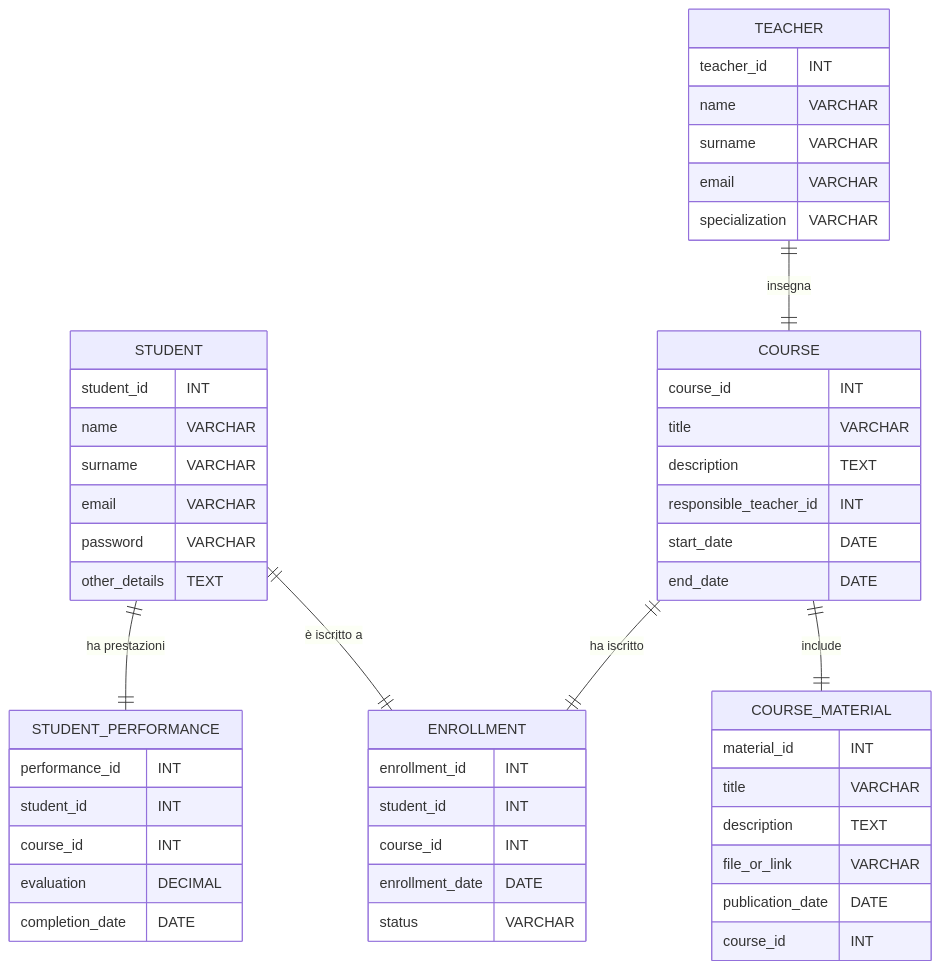
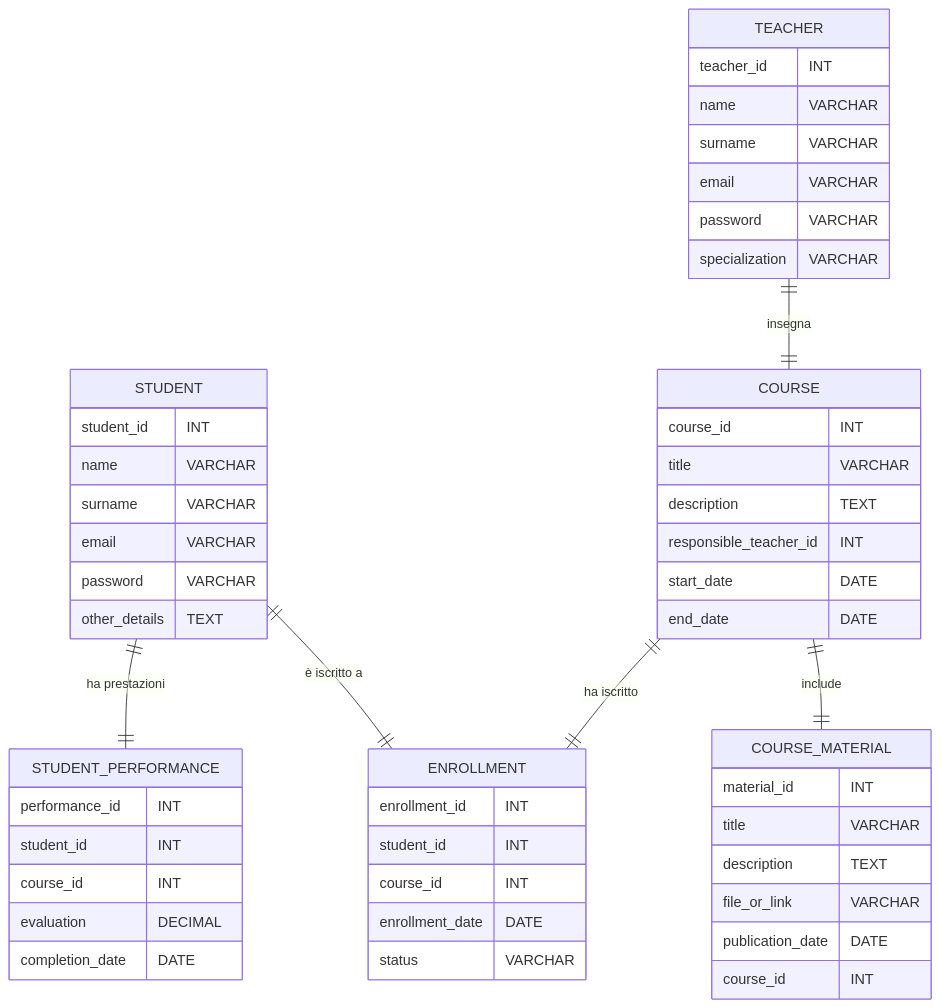
One commit to Giuseppe-Compagnone/database-project-docs changed the second of 3 diagrams in pages/database/erModel.it.mdx. Above: the diagram before and after it, drawn with Mermaid. The commit also changed other lines of this file and 9 other files, not shown here.

````diff
--- a/pages/database/erModel.it.mdx
+++ b/pages/database/erModel.it.mdx
@@ -16,59 +16,60 @@
 ```mermaid
 erDiagram
     STUDENT ||--|| STUDENT_PERFORMANCE : "ha prestazioni"
     STUDENT ||--|| ENROLLMENT : "è iscritto a"
     COURSE ||--|| ENROLLMENT : "ha iscritto"
     TEACHER ||--|| COURSE : insegna
     COURSE ||--|| COURSE_MATERIAL : include
 
     STUDENT {
         student_id INT
         name VARCHAR
         surname VARCHAR
         email VARCHAR
         password VARCHAR
         other_details TEXT
     }
 
     COURSE {
         course_id INT
         title VARCHAR
         description TEXT
         responsible_teacher_id INT
         start_date DATE
         end_date DATE
     }
 
     TEACHER {
         teacher_id INT
         name VARCHAR
         surname VARCHAR
         email VARCHAR
+        password VARCHAR
         specialization VARCHAR
     }
 
     COURSE_MATERIAL {
         material_id INT
         title VARCHAR
         description TEXT
         file_or_link VARCHAR
         publication_date DATE
         course_id INT
     }
 
     ENROLLMENT {
         enrollment_id INT
         student_id INT
         course_id INT
         enrollment_date DATE
         status VARCHAR
     }
 
     STUDENT_PERFORMANCE {
         performance_id INT
         student_id INT
         course_id INT
         evaluation DECIMAL
         completion_date DATE
     }
 ```
````
